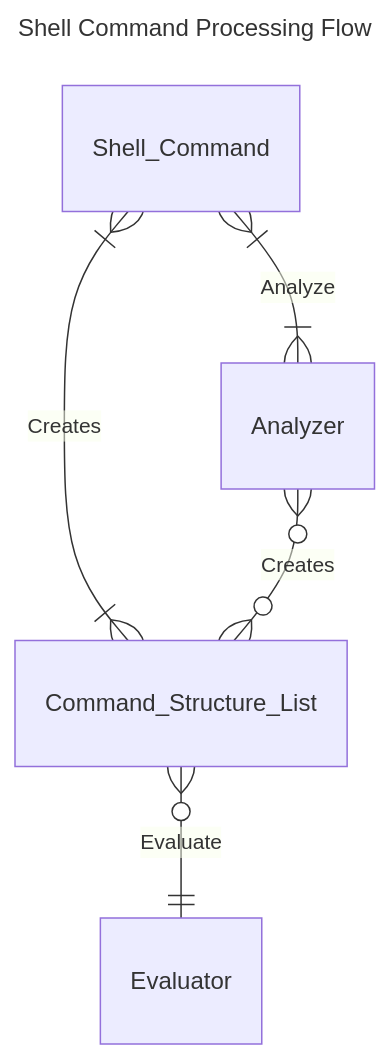
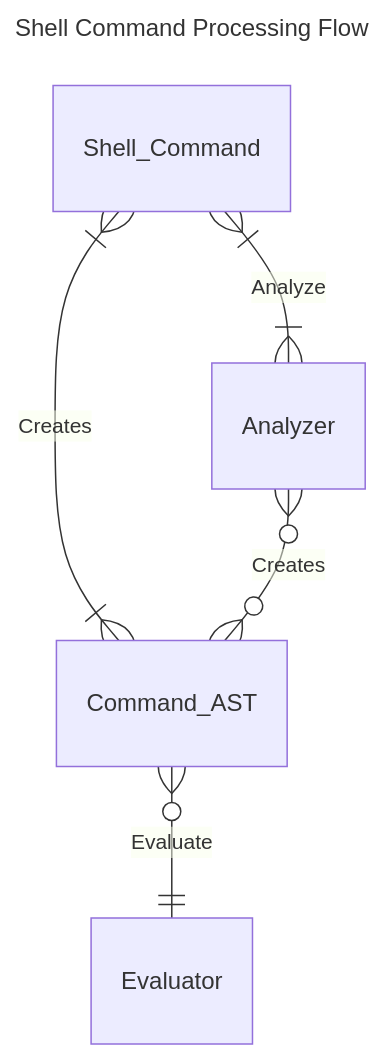
The fourth of 4 diagrams in docs/README.md (3lsy/minishell), drawn with Mermaid before and after one commit. The commit also changed other lines of this file, not shown here.

````diff
--- a/docs/README.md
+++ b/docs/README.md
@@ -92,10 +130,10 @@
 ```mermaid
 ---
 title: Shell Command Processing Flow
 ---
 erDiagram
     Shell_Command }|--|{ Analyzer : "Analyze"
-    Shell_Command }|--|{ Command_Structure_List : "Creates"
-    Analyzer }o--o{ Command_Structure_List : "Creates"
-    Command_Structure_List }o--|| Evaluator : "Evaluate"
+    Shell_Command }|--|{ Command_AST : "Creates"
+    Analyzer }o--o{ Command_AST : "Creates"
+    Command_AST }o--|| Evaluator : "Evaluate"
 ```
````
